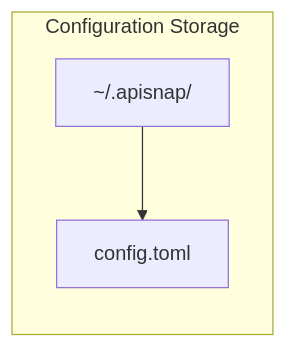
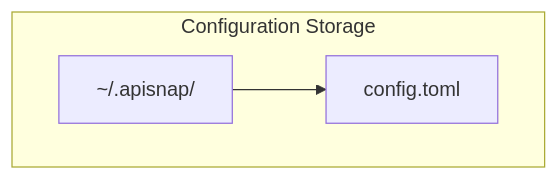
Before and after one commit to chirag127/apisnap: the fourth of 16 diagrams in docs/learning/apisnap-api-test-generation-guide.md, drawn with Mermaid. The commit also changed other lines of this file and 3 other files, not shown here.

First line of the commit message:
docs(learning): update apisnap test generation guide with flowchart fixes and PDF

````diff
--- a/docs/learning/apisnap-api-test-generation-guide.md
+++ b/docs/learning/apisnap-api-test-generation-guide.md
@@ -251,9 +251,9 @@
 ```mermaid
-flowchart LR
+flowchart
     subgraph Config[Configuration Storage]
         Dir[~/.apisnap/]
         File[config.toml]
     end
 
     Dir --> File
 ```
````
